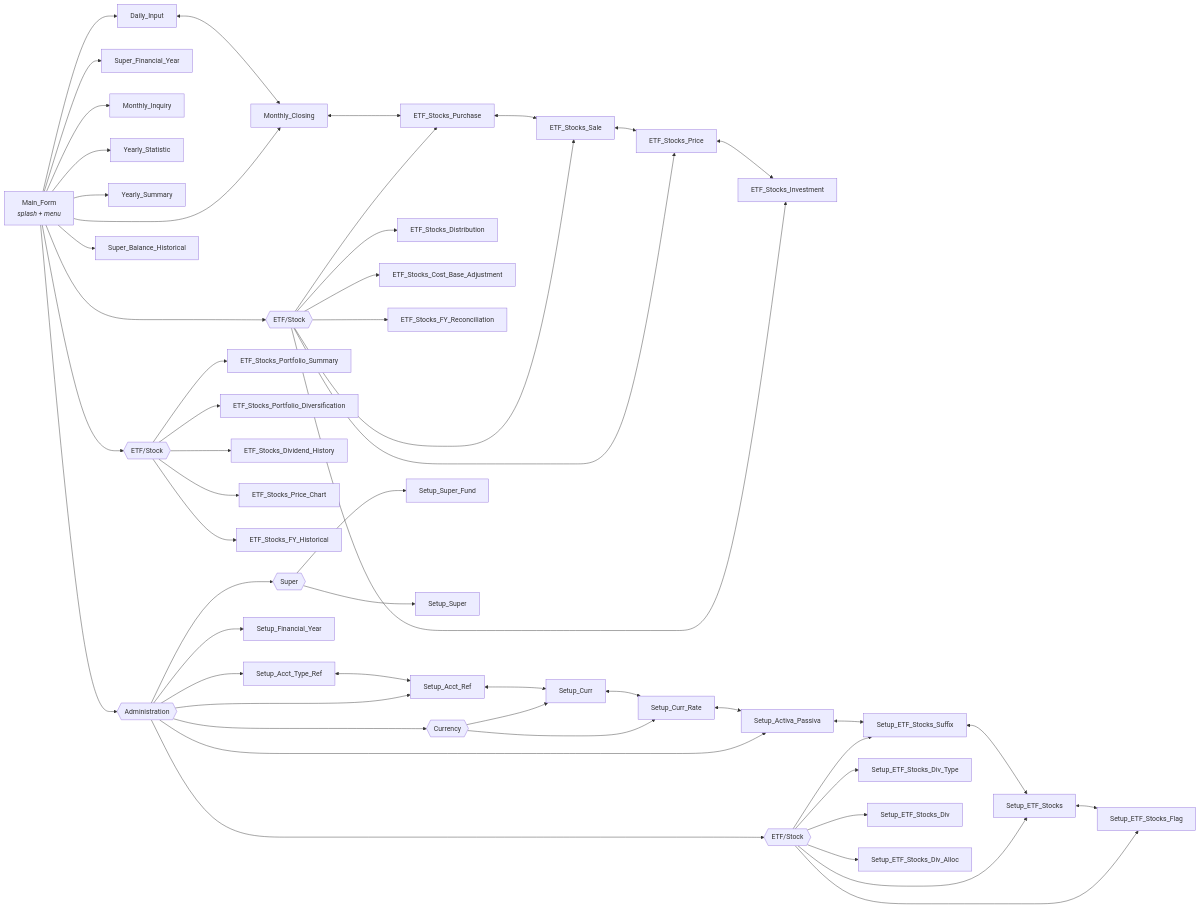
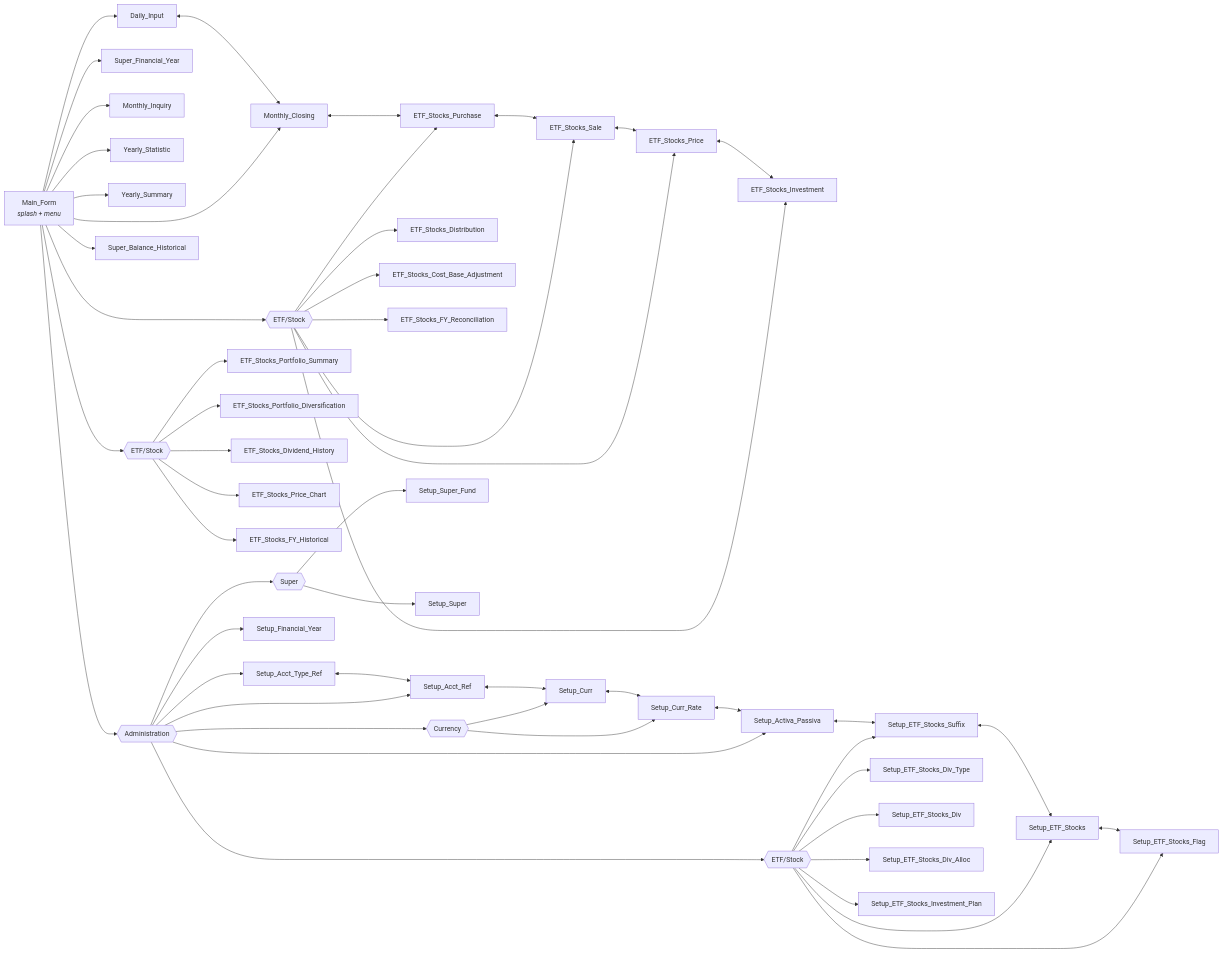
Before and after one commit to oscar-rijadi/FinancialBalance: the second of 3 diagrams in README.md, drawn with Mermaid. The commit also changed other lines of this file and 61 other files, not shown here.

Commit message:
Implement Stock Invesment Plan Setup

````diff
--- a/README.md
+++ b/README.md
@@ -106,59 +106,60 @@
 ```mermaid
 flowchart LR
     MAIN["Main_Form<br/><i>splash + menu</i>"]
 
     MAIN --> DI["Daily_Input"]
     MAIN --> MC["Monthly_Closing"]
     MAIN --> PETFG{{"ETF/Stock"}}
     PETFG --> ETP["ETF_Stocks_Price"]
     PETFG --> ETI["ETF_Stocks_Investment"]
     PETFG --> ETB["ETF_Stocks_Purchase"]
     PETFG --> ETS["ETF_Stocks_Sale"]
     PETFG --> ETD["ETF_Stocks_Distribution"]
     PETFG --> ECB["ETF_Stocks_Cost_Base_Adjustment"]
     PETFG --> ETR["ETF_Stocks_FY_Reconciliation"]
     MAIN --> SFYP["Super_Financial_Year"]
     MAIN --> MI["Monthly_Inquiry"]
     MAIN --> YT["Yearly_Statistic"]
     MAIN --> YS["Yearly_Summary"]
     MAIN --> PORTG{{"ETF/Stock"}}
     PORTG --> PSUM["ETF_Stocks_Portfolio_Summary"]
     PORTG --> PDIV["ETF_Stocks_Portfolio_Diversification"]
     PORTG --> PDVH["ETF_Stocks_Dividend_History"]
     PORTG --> PPCH["ETF_Stocks_Price_Chart"]
     PORTG --> PFYH["ETF_Stocks_FY_Historical"]
     MAIN --> SBH["Super_Balance_Historical"]
 
     MAIN --> ADMIN{{"Administration"}}
     ADMIN --> SATR["Setup_Acct_Type_Ref"]
     ADMIN --> SAR["Setup_Acct_Ref"]
     ADMIN --> CURG{{"Currency"}}
     CURG --> SC["Setup_Curr"]
     CURG --> SCR["Setup_Curr_Rate"]
     ADMIN --> SAP["Setup_Activa_Passiva"]
     ADMIN --> SFY["Setup_Financial_Year"]
     ADMIN --> ETFG{{"ETF/Stock"}}
     ETFG --> SES["Setup_ETF_Stocks_Suffix"]
     ETFG --> SET["Setup_ETF_Stocks"]
     ETFG --> SEF["Setup_ETF_Stocks_Flag"]
     ETFG --> SDT["Setup_ETF_Stocks_Div_Type"]
     ETFG --> SDV["Setup_ETF_Stocks_Div"]
     ETFG --> SDA["Setup_ETF_Stocks_Div_Alloc"]
+    ETFG --> SIP["Setup_ETF_Stocks_Investment_Plan"]
     ADMIN --> SUPG{{"Super"}}
     SUPG --> SSF["Setup_Super_Fund"]
     SUPG --> SSU["Setup_Super"]
 
     DI <--> MC
     MC <--> ETB
     ETB <--> ETS
     ETS <--> ETP
     ETP <--> ETI
 
     SATR <--> SAR
     SAR <--> SC
     SC <--> SCR
     SCR <--> SAP
     SAP <--> SES
     SES <--> SET
     SET <--> SEF
 ```
````
